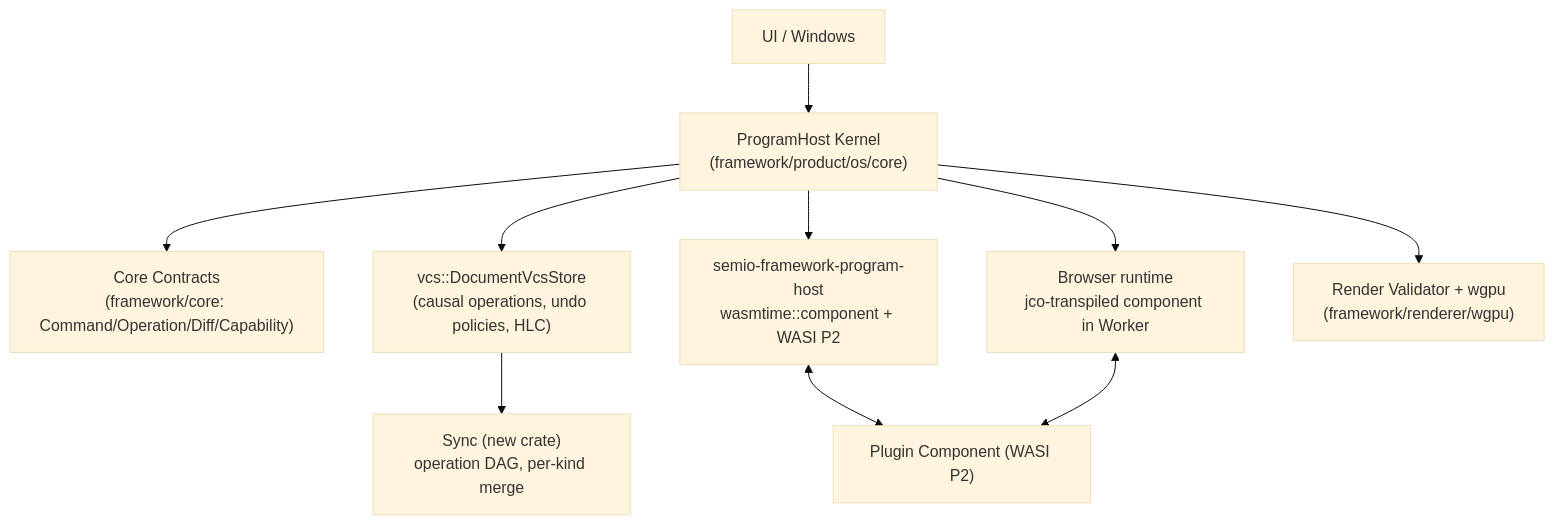
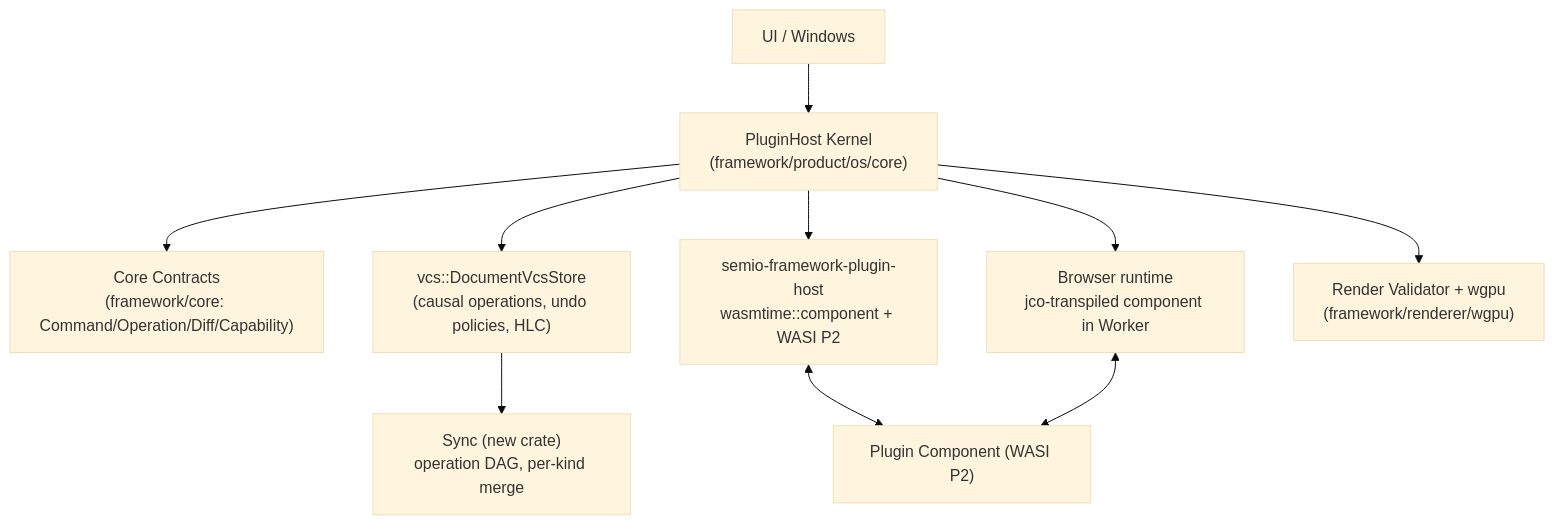
One commit to usalu/semio changed the diagram in .cursor/plans/local-first_command_kernel_889943fb.plan.md. Above: the diagram before and after it, drawn with Mermaid (base theme). The commit also changed other lines of this file and 663 other files, not shown here.

````diff
--- a/.cursor/plans/local-first_command_kernel_889943fb.plan.md
+++ b/.cursor/plans/local-first_command_kernel_889943fb.plan.md
@@ -30,22 +30,22 @@
 ```mermaid
 flowchart TD
     UI["UI / Windows"]
-    Kernel["ProgramHost Kernel<br/>(framework/product/os/core)"]
+    Kernel["PluginHost Kernel<br/>(framework/product/os/core)"]
     Core["Core Contracts<br/>(framework/core: Command/Operation/Diff/Capability)"]
     Store["vcs::DocumentVcsStore<br/>(causal operations, undo policies, HLC)"]
     Sync["Sync (new crate)<br/>operation DAG, per-kind merge"]
-    RuntimeNative["semio-framework-program-host<br/>wasmtime::component + WASI P2"]
+    RuntimeNative["semio-framework-plugin-host<br/>wasmtime::component + WASI P2"]
     RuntimeWeb["Browser runtime<br/>jco-transpiled component in Worker"]
     Render["Render Validator + wgpu<br/>(framework/renderer/wgpu)"]
     Plugin["Plugin Component (WASI P2)"]
 
     UI --> Kernel
     Kernel --> Core
     Kernel --> Store
     Store --> Sync
     Kernel --> RuntimeNative
     Kernel --> RuntimeWeb
     Kernel --> Render
     RuntimeNative <--> Plugin
     RuntimeWeb <--> Plugin
 ```
````
